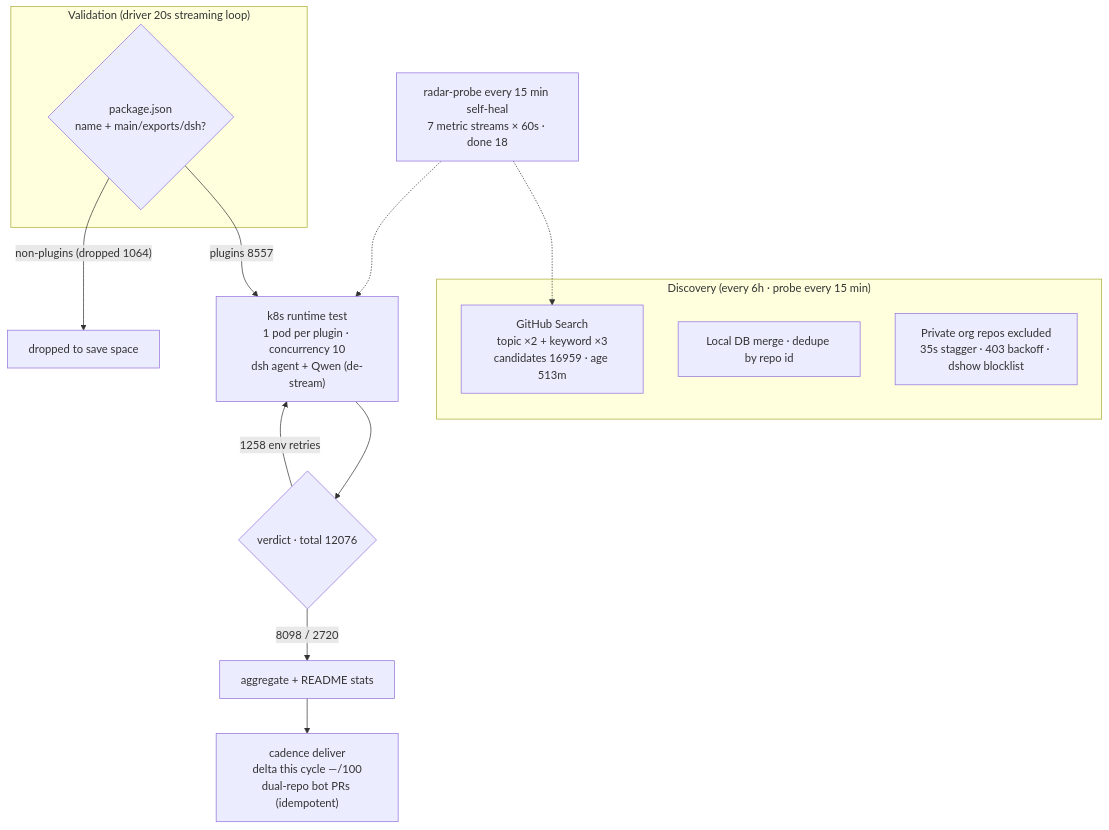
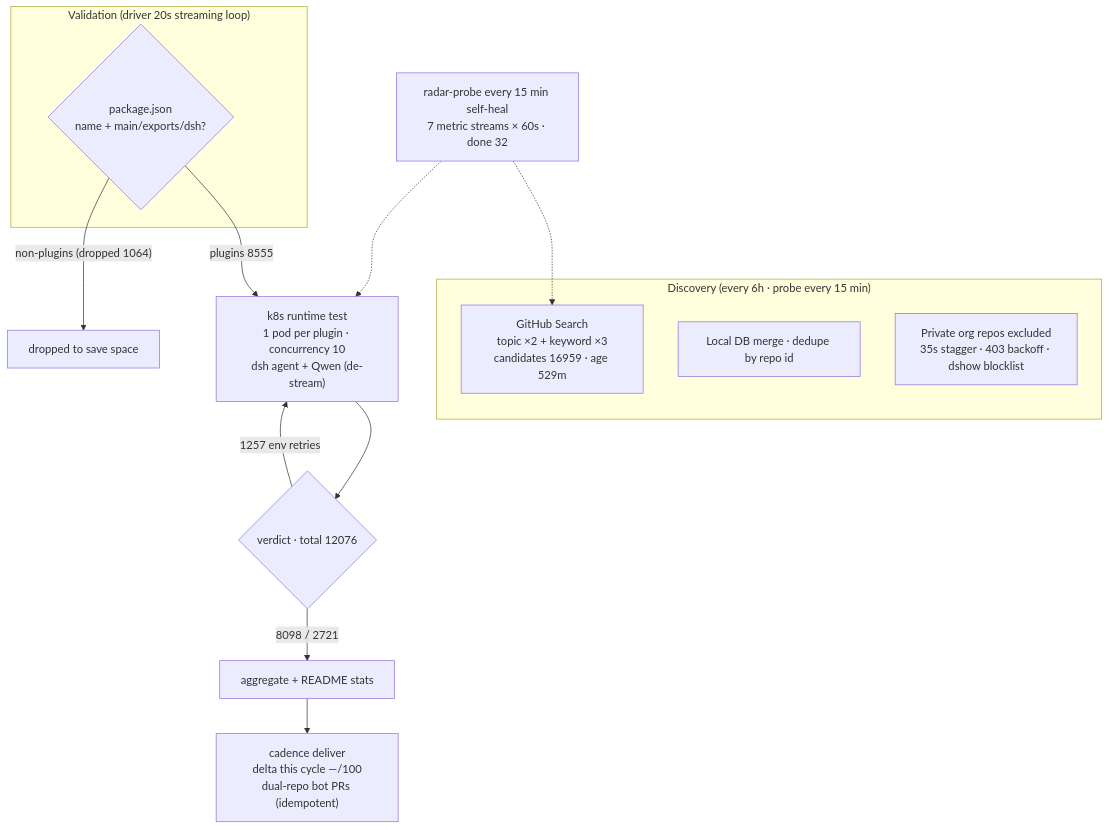
The diagram in README.en-US.md (AdamPlatin123/awesome-dsh-plugins), drawn with Mermaid before and after one commit. The commit also changed other lines of this file and 5 other files, not shown here.

````diff
--- a/README.en-US.md
+++ b/README.en-US.md
@@ -45,20 +45,20 @@
 ```mermaid
 flowchart TB
     subgraph Discovery["Discovery (every 6h · probe every 15 min)"]
-        A1["GitHub Search<br/>topic ×2 + keyword ×3<br/>candidates 16959 · age 513m"]
+        A1["GitHub Search<br/>topic ×2 + keyword ×3<br/>candidates 16959 · age 529m"]
         A2["Local DB merge · dedupe by repo id"]
         A3["Private org repos excluded<br/>35s stagger · 403 backoff · dshow blocklist"]
     end
     subgraph Validation["Validation (driver 20s streaming loop)"]
         B1{"package.json<br/>name + main/exports/dsh?"}
     end
-    B1 -->|"plugins 8557"| C1["k8s runtime test<br/>1 pod per plugin · concurrency 10<br/>dsh agent + Qwen (de-stream)"]
+    B1 -->|"plugins 8555"| C1["k8s runtime test<br/>1 pod per plugin · concurrency 10<br/>dsh agent + Qwen (de-stream)"]
     B1 -->|"non-plugins (dropped 1064)"| B3["dropped to save space"]
     C1 --> D1{"verdict · total 12076"}
-    D1 -->|"8098 / 2720"| E1["aggregate + README stats"]
-    D1 -->|"1258 env retries"| C1
+    D1 -->|"8098 / 2721"| E1["aggregate + README stats"]
+    D1 -->|"1257 env retries"| C1
     E1 --> E2["cadence deliver<br/>delta this cycle —/100<br/>dual-repo bot PRs (idempotent)"]
-    M["radar-probe every 15 min self-heal<br/>7 metric streams × 60s · done 18"]
+    M["radar-probe every 15 min self-heal<br/>7 metric streams × 60s · done 32"]
     M -.-> A1
     M -.-> C1
 ```
````
